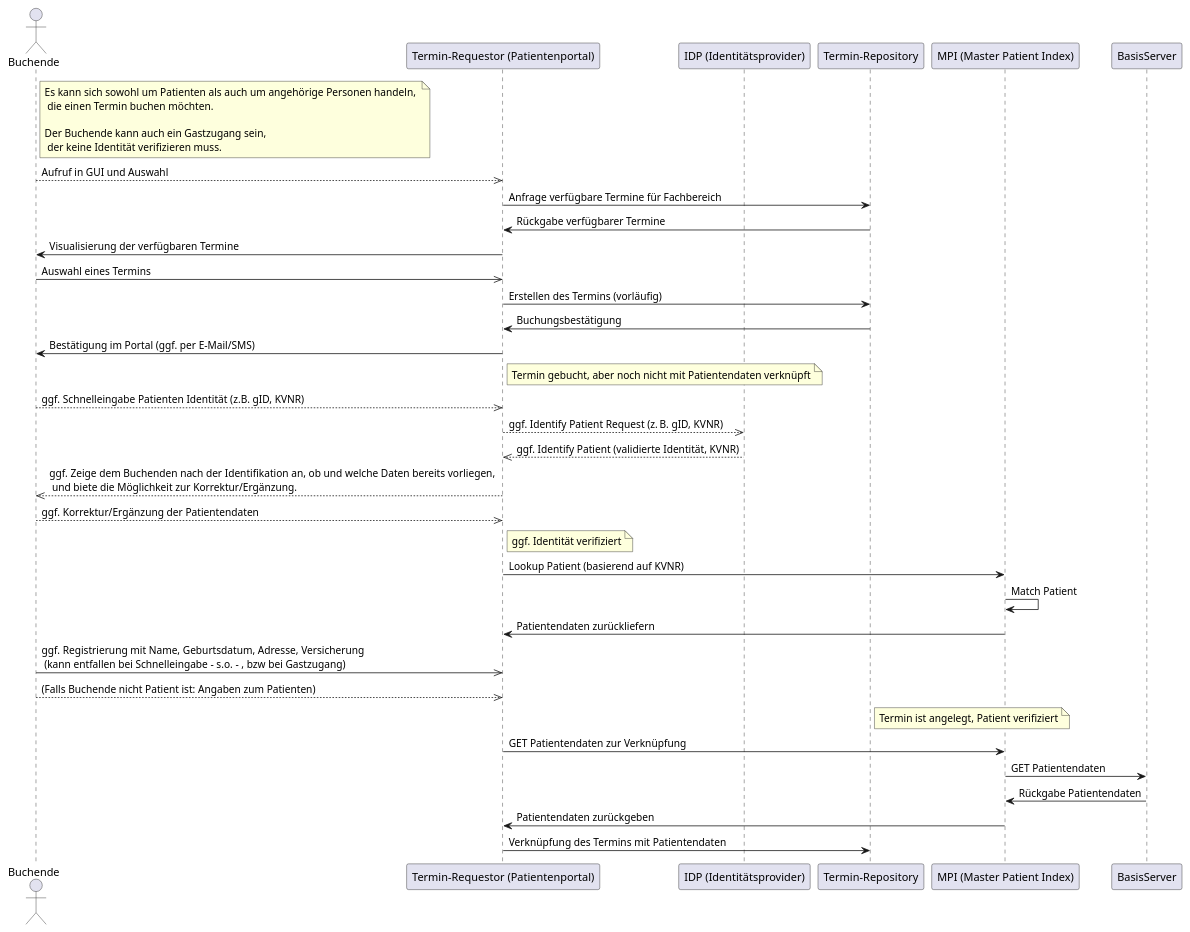
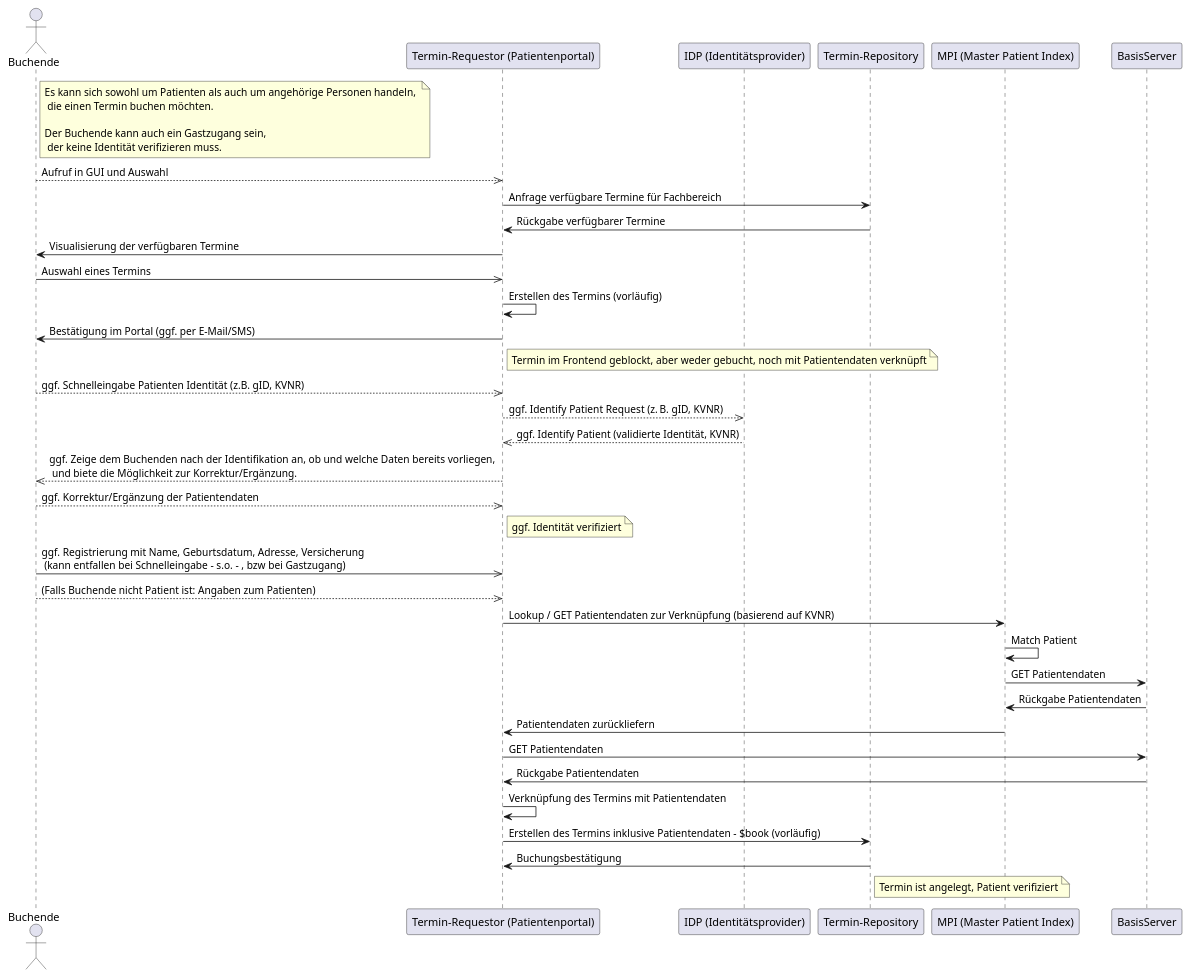
One commit to gematik/spec-ISiK-Basismodul changed the diagram in Material/Terminplanung/images/diagrams/identitaetsnachweis-sequenz.puml. Above: the diagram before and after it, drawn with PlantUML.

Commit message:
update order

```diff
--- a/Material/Terminplanung/images/diagrams/identitaetsnachweis-sequenz.puml
+++ b/Material/Terminplanung/images/diagrams/identitaetsnachweis-sequenz.puml
@@ -1,52 +1,55 @@
 @startuml
 
 actor Buchende
 participant "Termin-Requestor (Patientenportal)" as TR
 participant "IDP (Identitätsprovider)" as IDP
 participant "Termin-Repository" as TRP
 participant "MPI (Master Patient Index)" as MPI
 participant "BasisServer" as BS
 
 Note right of Buchende: Es kann sich sowohl um Patienten als auch um angehörige Personen handeln, \n die einen Termin buchen möchten. \n\nDer Buchende kann auch ein Gastzugang sein, \n der keine Identität verifizieren muss.
 
 Buchende-->>TR: Aufruf in GUI und Auswahl
 TR -> TRP: Anfrage verfügbare Termine für Fachbereich
 TRP -> TR: Rückgabe verfügbarer Termine
 
 TR -> Buchende: Visualisierung der verfügbaren Termine
 
 Buchende->>TR: Auswahl eines Termins
 
-TR -> TRP: Erstellen des Termins (vorläufig)
-
-TRP -> TR: Buchungsbestätigung
+TR -> TR: Erstellen des Termins (vorläufig)
 TR -> Buchende: Bestätigung im Portal (ggf. per E-Mail/SMS)
-Note right of TR: Termin gebucht, aber noch nicht mit Patientendaten verknüpft
+Note right of TR: Termin im Frontend geblockt, aber weder gebucht,  noch mit Patientendaten verknüpft
 
 Buchende-->>TR: ggf. Schnelleingabe Patienten Identität (z.B. gID, KVNR)
 TR-->>IDP: ggf. Identify Patient Request (z. B. gID, KVNR)
 IDP-->>TR: ggf. Identify Patient (validierte Identität, KVNR)
 
 TR-->>Buchende: ggf. Zeige dem Buchenden nach der Identifikation an, ob und welche Daten bereits vorliegen, \n und biete die Möglichkeit zur Korrektur/Ergänzung.
 Buchende-->>TR: ggf. Korrektur/Ergänzung der Patientendaten
 Note right of TR: ggf. Identität verifiziert
 
-
-TR -> MPI: Lookup Patient (basierend auf KVNR)
-MPI -> MPI: Match Patient
-MPI -> TR: Patientendaten zurückliefern
-
 Buchende->>TR: ggf. Registrierung mit Name, Geburtsdatum, Adresse, Versicherung \n (kann entfallen bei Schnelleingabe - s.o. - , bzw bei Gastzugang)
 Buchende-->>TR: (Falls Buchende nicht Patient ist: Angaben zum Patienten)
 
+TR -> MPI: Lookup / GET Patientendaten zur Verknüpfung (basierend auf KVNR)
+MPI -> MPI: Match Patient
+MPI -> BS: GET Patientendaten
+BS -> MPI: Rückgabe Patientendaten
+MPI -> TR: Patientendaten zurückliefern
+
+TR -> BS: GET Patientendaten
+BS -> TR: Rückgabe Patientendaten
+
+TR -> TR: Verknüpfung des Termins mit Patientendaten
+
+TR -> TRP: Erstellen des Termins inklusive Patientendaten - $book (vorläufig)
+
+TRP -> TR: Buchungsbestätigung
 
 note right of TRP: Termin ist angelegt, Patient verifiziert
-TR -> MPI: GET Patientendaten zur Verknüpfung
-MPI -> BS: GET Patientendaten
-BS -> MPI: Rückgabe Patientendaten
-MPI -> TR: Patientendaten zurückgeben
-TR -> TRP: Verknüpfung des Termins mit Patientendaten
+
 
 
 
 @enduml
```
